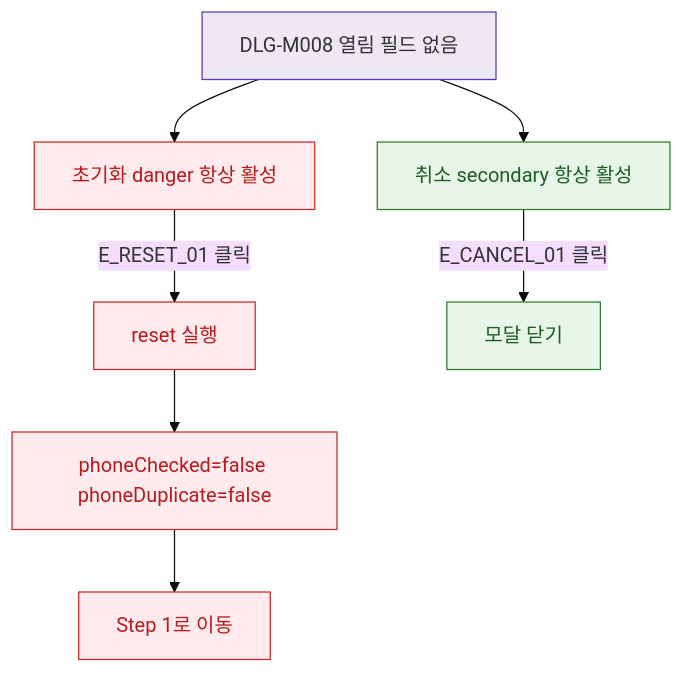
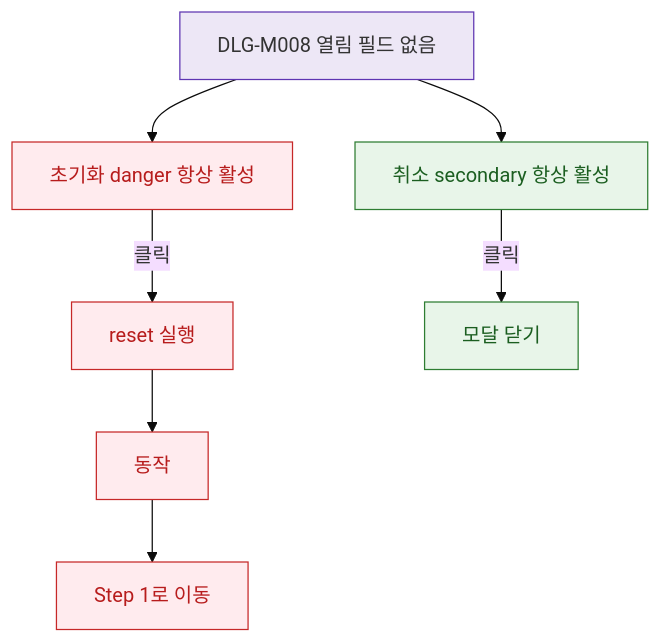
Before and after one commit to dev-spogym/admin-pando: the diagram in docs/다이어그램/D02_회원관리/DLG/DLG-M008_초기화확인/M2_필드검증.md, drawn with Mermaid (base theme). The commit also changed other lines of this file and 1660 other files, not shown here.

First line of the commit message:
다이어그램: 기획자/클라이언트 납품본으로 정리

````diff
--- a/docs/다이어그램/D02_회원관리/DLG/DLG-M008_초기화확인/M2_필드검증.md
+++ b/docs/다이어그램/D02_회원관리/DLG/DLG-M008_초기화확인/M2_필드검증.md
@@ -22,21 +20,21 @@
 ```mermaid
 flowchart TD
   DLG[DLG-M008 열림 필드 없음]
 
   DLG --> BTN_RESET[초기화 danger 항상 활성]
   DLG --> BTN_CANCEL[취소 secondary 항상 활성]
 
-  BTN_RESET  -->|E_RESET_01 클릭| EXEC_RESET[reset 실행]
-  EXEC_RESET --> CLEAR_PHONE[phoneChecked=false phoneDuplicate=false]
+  BTN_RESET -->|클릭|EXEC_RESET[reset 실행]
+  EXEC_RESET --> CLEAR_PHONE[동작]
   CLEAR_PHONE --> STEP1[Step 1로 이동]
 
-  BTN_CANCEL -->|E_CANCEL_01 클릭| CLOSE[모달 닫기]
+  BTN_CANCEL -->|클릭|CLOSE[모달 닫기]
 
-  classDef system  fill:#EDE7F6,stroke:#5E35B2
+  classDef system fill:#EDE7F6,stroke:#5E35B2
   classDef success fill:#E8F5E9,stroke:#2E7D32,color:#1B5E20
-  classDef error   fill:#FFEBEE,stroke:#C62828,color:#B71C1C
+  classDef error fill:#FFEBEE,stroke:#C62828,color:#B71C1C
 
   class DLG system
   class CLOSE,BTN_CANCEL success
   class BTN_RESET,EXEC_RESET,CLEAR_PHONE,STEP1 error
 ```
````
